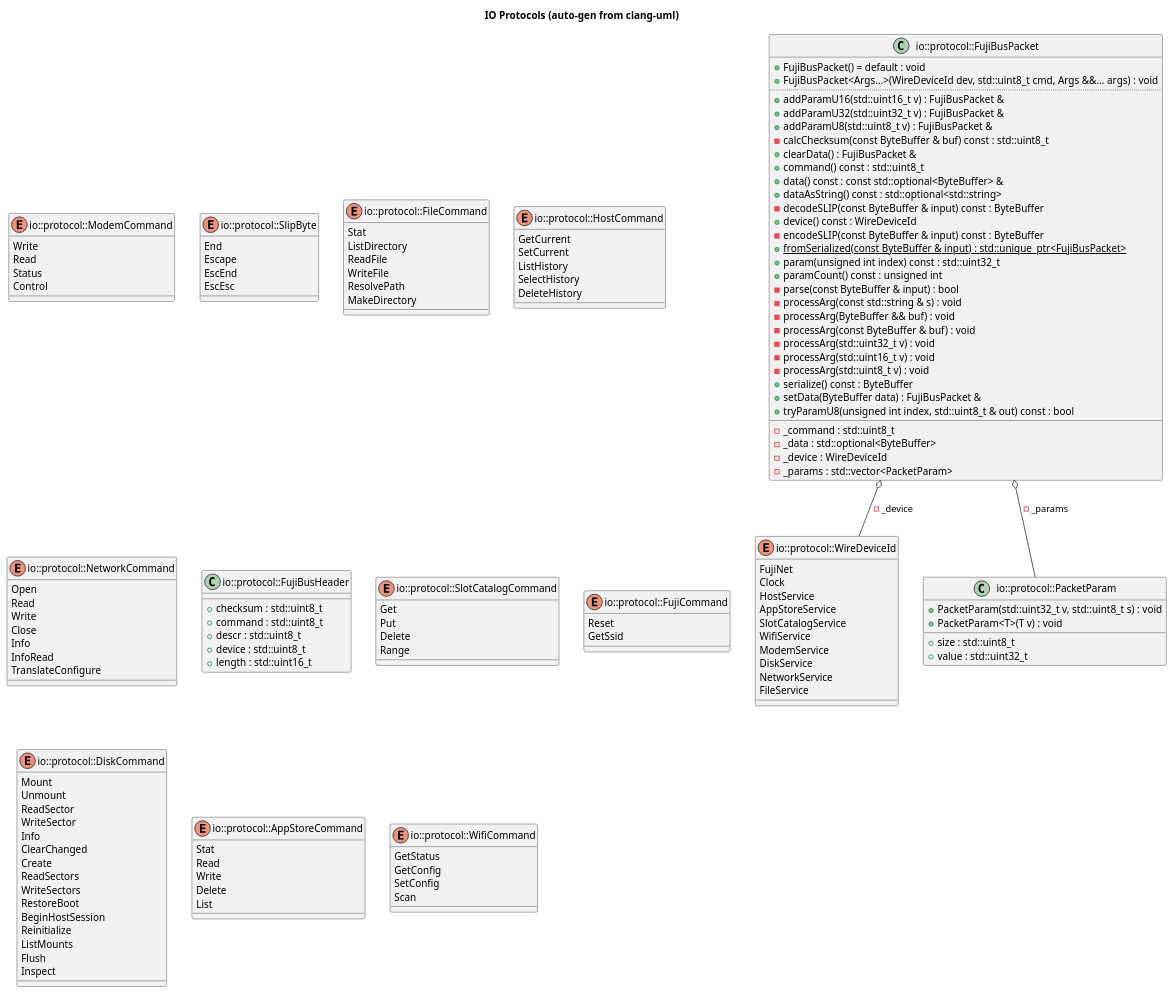
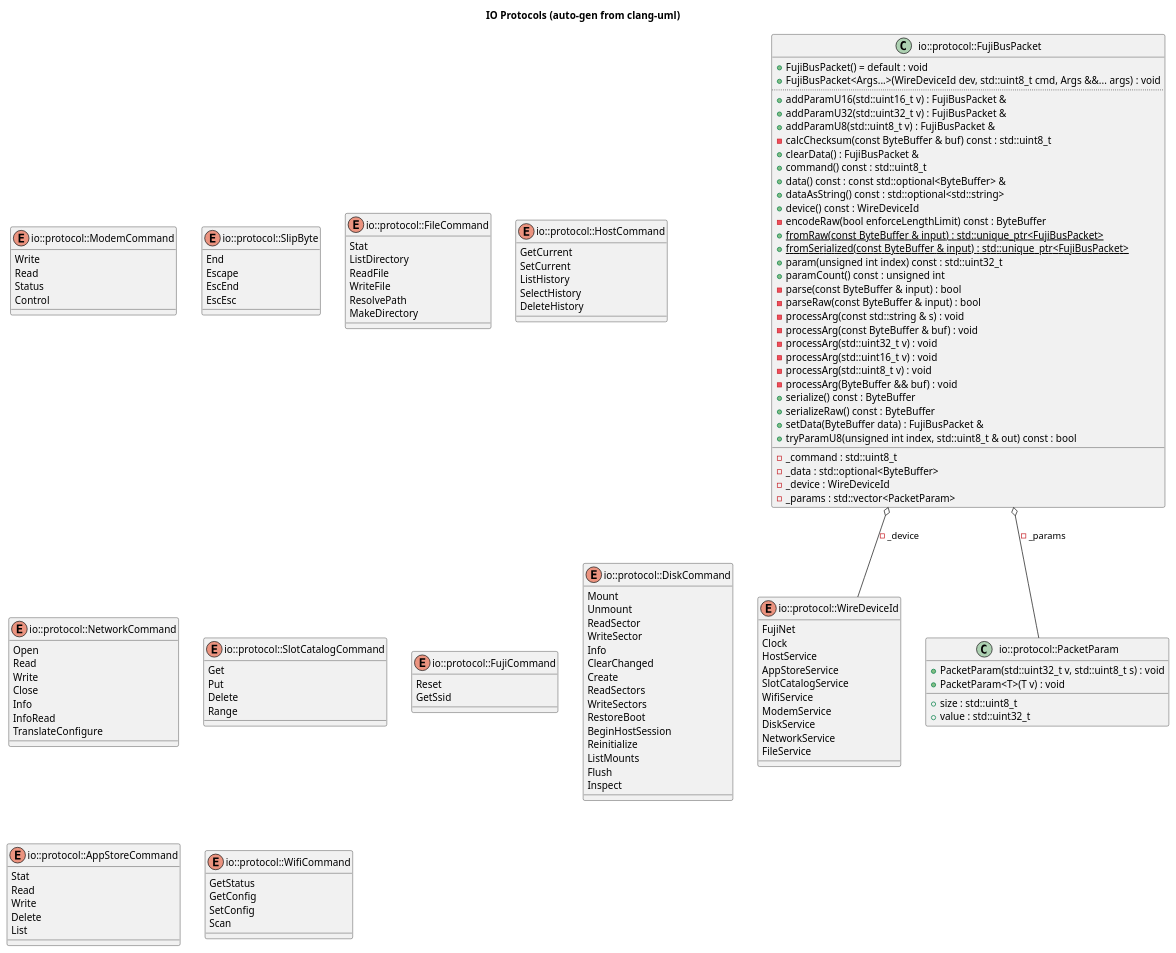
One commit to markjfisher/fujinet-nio changed the diagram in docs/uml/gen_io_protocol.puml. Above: the diagram before and after it, drawn with PlantUML. The commit also changed 5 other files, not shown here.

Commit message:
chore: update auto-generated UML diagrams

```diff
--- a/docs/uml/gen_io_protocol.puml
+++ b/docs/uml/gen_io_protocol.puml
@@ -1,159 +1,152 @@
 @startuml
 title IO Protocols (auto-gen from clang-uml)
 enum "io::protocol::WireDeviceId" as C_0015225225004340369839
 enum C_0015225225004340369839 {
 FujiNet
 Clock
 HostService
 AppStoreService
 SlotCatalogService
 WifiService
 ModemService
 DiskService
 NetworkService
 FileService
 }
 enum "io::protocol::ModemCommand" as C_0010997942004027913014
 enum C_0010997942004027913014 {
 Write
 Read
 Status
 Control
 }
 enum "io::protocol::SlipByte" as C_0010627602090167488081
 enum C_0010627602090167488081 {
 End
 Escape
 EscEnd
 EscEsc
 }
 class "io::protocol::PacketParam" as C_0003277087640557799971
 class C_0003277087640557799971 {
 +PacketParam(std::uint32_t v, std::uint8_t s) : void
 +PacketParam<T>(T v) : void
 __
 +size : std::uint8_t
 +value : std::uint32_t
 }
 class "io::protocol::FujiBusPacket" as C_0017232777488057089840
 class C_0017232777488057089840 {
 +FujiBusPacket() = default : void
 +FujiBusPacket<Args...>(WireDeviceId dev, std::uint8_t cmd, Args &&... args) : void
 ..
 +addParamU16(std::uint16_t v) : FujiBusPacket &
 +addParamU32(std::uint32_t v) : FujiBusPacket &
 +addParamU8(std::uint8_t v) : FujiBusPacket &
 -calcChecksum(const ByteBuffer & buf) const : std::uint8_t
 +clearData() : FujiBusPacket &
 +command() const : std::uint8_t
 +data() const : const std::optional<ByteBuffer> &
 +dataAsString() const : std::optional<std::string>
--decodeSLIP(const ByteBuffer & input) const : ByteBuffer
 +device() const : WireDeviceId
--encodeSLIP(const ByteBuffer & input) const : ByteBuffer
+-encodeRaw(bool enforceLengthLimit) const : ByteBuffer
+{static} +fromRaw(const ByteBuffer & input) : std::unique_ptr<FujiBusPacket>
 {static} +fromSerialized(const ByteBuffer & input) : std::unique_ptr<FujiBusPacket>
 +param(unsigned int index) const : std::uint32_t
 +paramCount() const : unsigned int
 -parse(const ByteBuffer & input) : bool
+-parseRaw(const ByteBuffer & input) : bool
 -processArg(const std::string & s) : void
--processArg(ByteBuffer && buf) : void
 -processArg(const ByteBuffer & buf) : void
 -processArg(std::uint32_t v) : void
 -processArg(std::uint16_t v) : void
 -processArg(std::uint8_t v) : void
+-processArg(ByteBuffer && buf) : void
 +serialize() const : ByteBuffer
++serializeRaw() const : ByteBuffer
 +setData(ByteBuffer data) : FujiBusPacket &
 +tryParamU8(unsigned int index, std::uint8_t & out) const : bool
 __
 -_command : std::uint8_t
 -_data : std::optional<ByteBuffer>
 -_device : WireDeviceId
 -_params : std::vector<PacketParam>
 }
 enum "io::protocol::FileCommand" as C_0003895064208135060769
 enum C_0003895064208135060769 {
 Stat
 ListDirectory
 ReadFile
 WriteFile
 ResolvePath
 MakeDirectory
 }
 enum "io::protocol::HostCommand" as C_0007123260493549580442
 enum C_0007123260493549580442 {
 GetCurrent
 SetCurrent
 ListHistory
 SelectHistory
 DeleteHistory
 }
 enum "io::protocol::NetworkCommand" as C_0007700754280455587098
 enum C_0007700754280455587098 {
 Open
 Read
 Write
 Close
 Info
 InfoRead
 TranslateConfigure
-}
-class "io::protocol::FujiBusHeader" as C_0009954510640382192371
-class C_0009954510640382192371 {
-__
-+checksum : std::uint8_t
-+command : std::uint8_t
-+descr : std::uint8_t
-+device : std::uint8_t
-+length : std::uint16_t
 }
 enum "io::protocol::SlotCatalogCommand" as C_0000459409847653698260
 enum C_0000459409847653698260 {
 Get
 Put
 Delete
 Range
 }
 enum "io::protocol::FujiCommand" as C_0004628219160953719395
 enum C_0004628219160953719395 {
 Reset
 GetSsid
 }
 enum "io::protocol::DiskCommand" as C_0015699043703645047876
 enum C_0015699043703645047876 {
 Mount
 Unmount
 ReadSector
 WriteSector
 Info
 ClearChanged
 Create
 ReadSectors
 WriteSectors
 RestoreBoot
 BeginHostSession
 Reinitialize
 ListMounts
 Flush
 Inspect
 }
 enum "io::protocol::AppStoreCommand" as C_0006374947442224284008
 enum C_0006374947442224284008 {
 Stat
 Read
 Write
 Delete
 List
 }
 enum "io::protocol::WifiCommand" as C_0015484389551772629797
 enum C_0015484389551772629797 {
 GetStatus
 GetConfig
 SetConfig
 Scan
 }
 C_0017232777488057089840 o-- C_0015225225004340369839 : -_device
 C_0017232777488057089840 o-- C_0003277087640557799971 : -_params
 
 'Generated with clang-uml, version 0.6.3
 'LLVM version Ubuntu clang version 18.1.3 (1ubuntu1)
 @enduml
```
